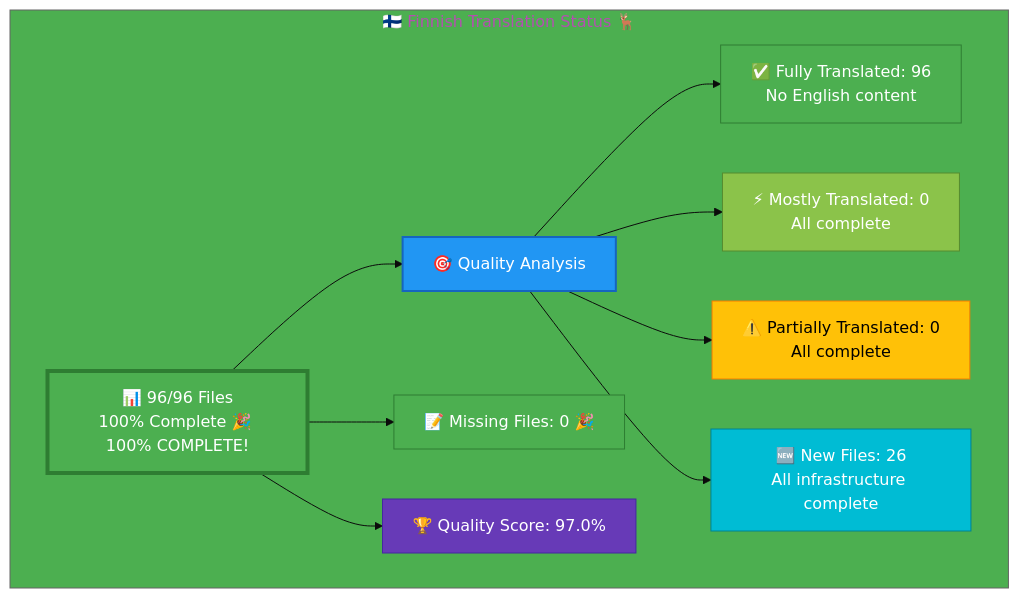
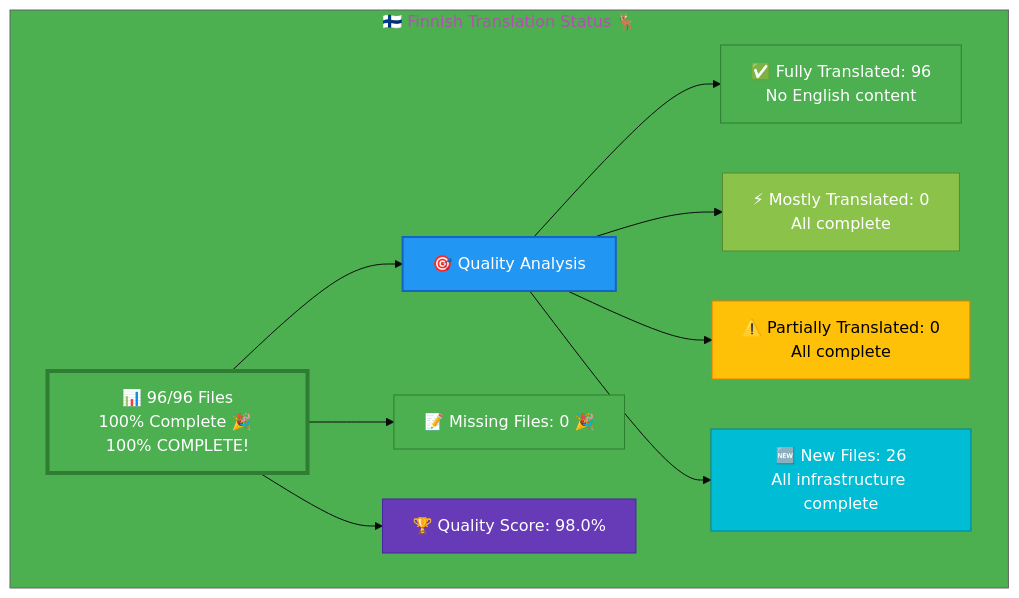
Before and after one commit to Hack23/homepage: the diagram in Finnish-Translation-Status.md, drawn with Mermaid. The commit also changed other lines of this file, not shown here.

First line of the commit message:
Final documentation update: Finnish-Translation-Status.md reflects 98% quality and complete work

````diff
--- a/Finnish-Translation-Status.md
+++ b/Finnish-Translation-Status.md
@@ -13,26 +13,26 @@
 ```mermaid
 %%{init: {'theme':'base', 'themeVariables': {'primaryColor':'#4CAF50','secondaryColor':'#2196F3','tertiaryColor':'#4CAF50','fontSize':'16px'}}}%%
 graph TB
     subgraph "🇫🇮 Finnish Translation Status 🦌"
         A["📊 96/96 Files<br/>100% Complete 🎉 100% COMPLETE!"]
         
         A --> B["🎯 Quality Analysis"]
         B --> C["✅ Fully Translated: 96<br/>No English content"]
         B --> D["⚡ Mostly Translated: 0<br/>All complete"]
         B --> E["⚠️  Partially Translated: 0<br/>All complete"]
         B --> F["🆕 New Files: 26<br/>All infrastructure complete"]
         
         A --> G["📝 Missing Files: 0 🎉"]
         
-        A --> H["🏆 Quality Score: 97.0%"]
+        A --> H["🏆 Quality Score: 98.0%"]
         
         style A fill:#4CAF50,stroke:#2E7D32,color:#fff,stroke-width:4px
         style B fill:#2196F3,stroke:#1565C0,color:#fff,stroke-width:2px
         style C fill:#4CAF50,stroke:#2E7D32,color:#fff
         style D fill:#8BC34A,stroke:#558B2F,color:#fff
         style E fill:#FFC107,stroke:#F57C00,color:#000
         style F fill:#00BCD4,stroke:#00838F,color:#fff
         style G fill:#4CAF50,stroke:#2E7D32,color:#fff
         style H fill:#673AB7,stroke:#4527A0,color:#fff
     end
 ```
````
